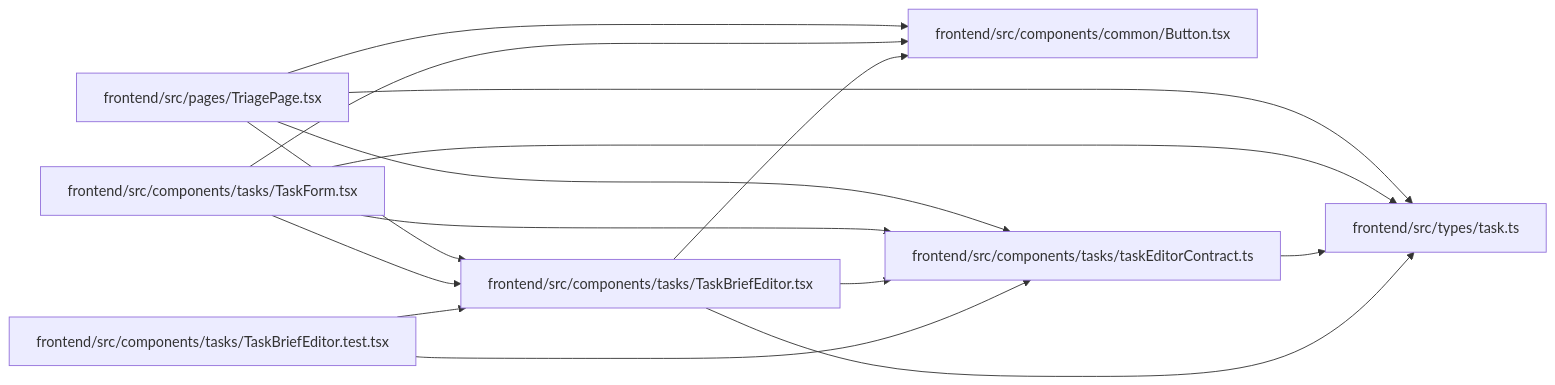
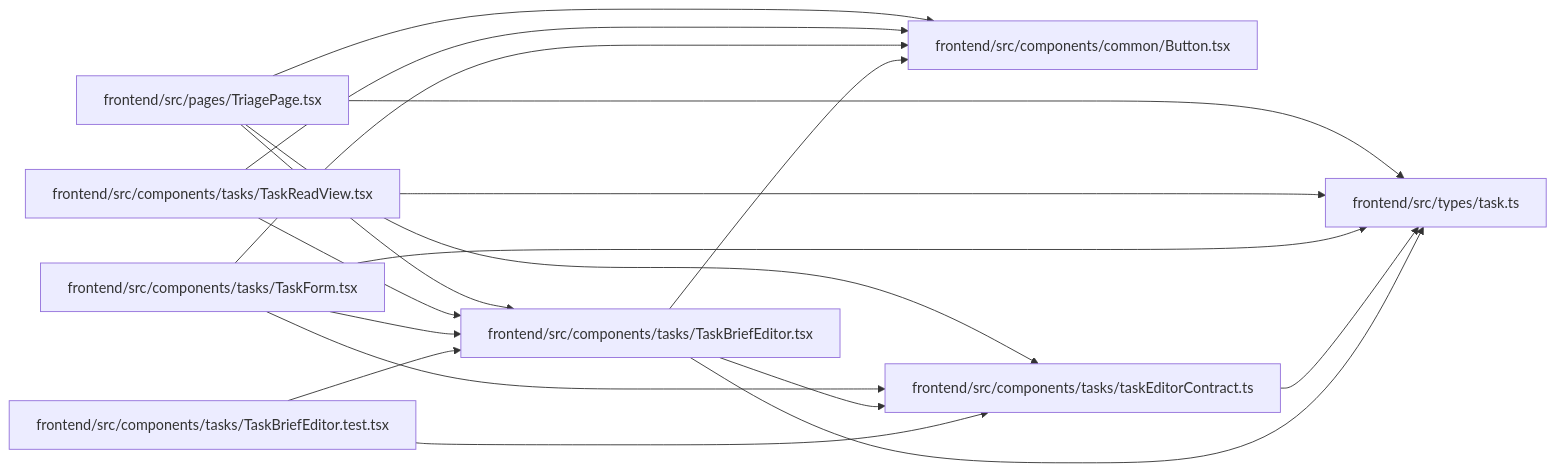
Before and after one commit to Denissvgn/WorkChord: the diagram in docs/llm_wiki/modules/TaskBriefEditor.md, drawn with Mermaid. The commit also changed other lines of this file and 375 other files, not shown here.

Commit message:
docs(wiki): refresh for the read-first task view

````diff
--- a/docs/llm_wiki/modules/TaskBriefEditor.md
+++ b/docs/llm_wiki/modules/TaskBriefEditor.md
@@ -31,31 +31,36 @@
 ```mermaid
 flowchart LR
     n0["frontend/src/components/common/Button.tsx"]
     n1["frontend/src/components/tasks/TaskBriefEditor.test.tsx"]
     n2["frontend/src/components/tasks/TaskBriefEditor.tsx"]
     n3["frontend/src/components/tasks/taskEditorContract.ts"]
     n4["frontend/src/components/tasks/TaskForm.tsx"]
-    n5["frontend/src/pages/TriagePage.tsx"]
-    n6["frontend/src/types/task.ts"]
+    n5["frontend/src/components/tasks/TaskReadView.tsx"]
+    n6["frontend/src/pages/TriagePage.tsx"]
+    n7["frontend/src/types/task.ts"]
     n1 --> n2
     n1 --> n3
     n2 --> n0
     n2 --> n3
-    n2 --> n6
-    n3 --> n6
+    n2 --> n7
+    n3 --> n7
     n4 --> n0
     n4 --> n2
     n4 --> n3
-    n4 --> n6
+    n4 --> n7
     n5 --> n0
     n5 --> n2
-    n5 --> n3
-    n5 --> n6
+    n5 --> n7
+    n6 --> n0
+    n6 --> n2
+    n6 --> n3
+    n6 --> n7
     click n0 "../modules/Button.md"
     click n1 "../modules/TaskBriefEditor.test.md"
     click n2 "../modules/TaskBriefEditor.md"
     click n3 "../modules/taskEditorContract.md"
     click n4 "../modules/TaskForm.md"
-    click n5 "../modules/TriagePage.md"
-    click n6 "../modules/types_task.md"
+    click n5 "../modules/TaskReadView.md"
+    click n6 "../modules/TriagePage.md"
+    click n7 "../modules/types_task.md"
 ```
````
